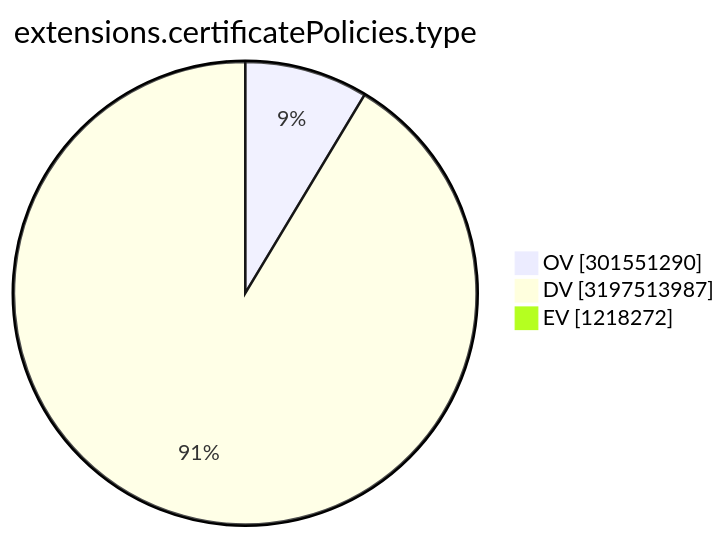
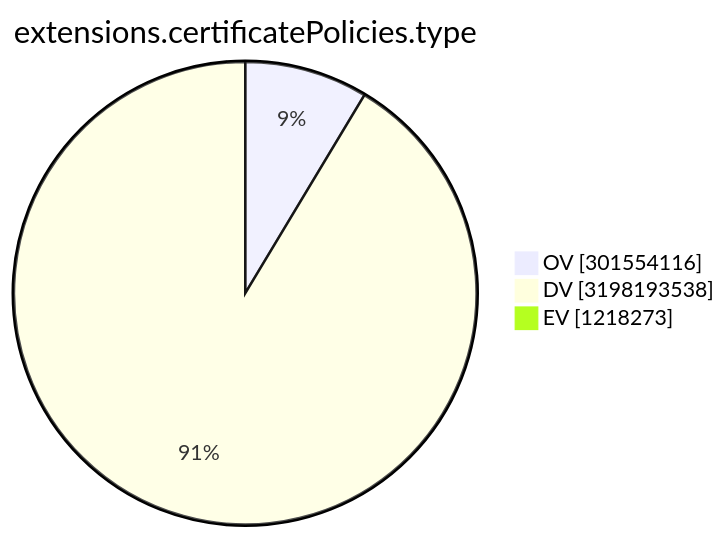
The ninth of 15 diagrams in TOTAL/README.md (christiankrug/ctmonitor_visualization), drawn with Mermaid before and after one commit. The commit also changed other lines of this file, not shown here.

````diff
--- a/TOTAL/README.md
+++ b/TOTAL/README.md
@@ -3106,7 +3106,7 @@
 ```mermaid
 pie showData
 title extensions.certificatePolicies.type
-"OV" :301551290
-"DV" :3197513987
-"EV" :1218272
+"OV" :301554116
+"DV" :3198193538
+"EV" :1218273
 ```
````
